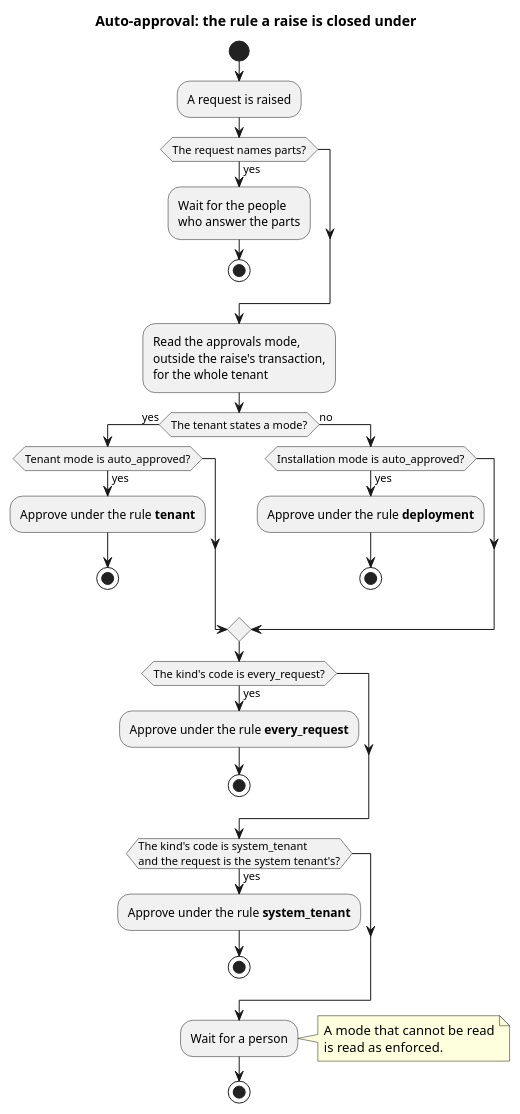
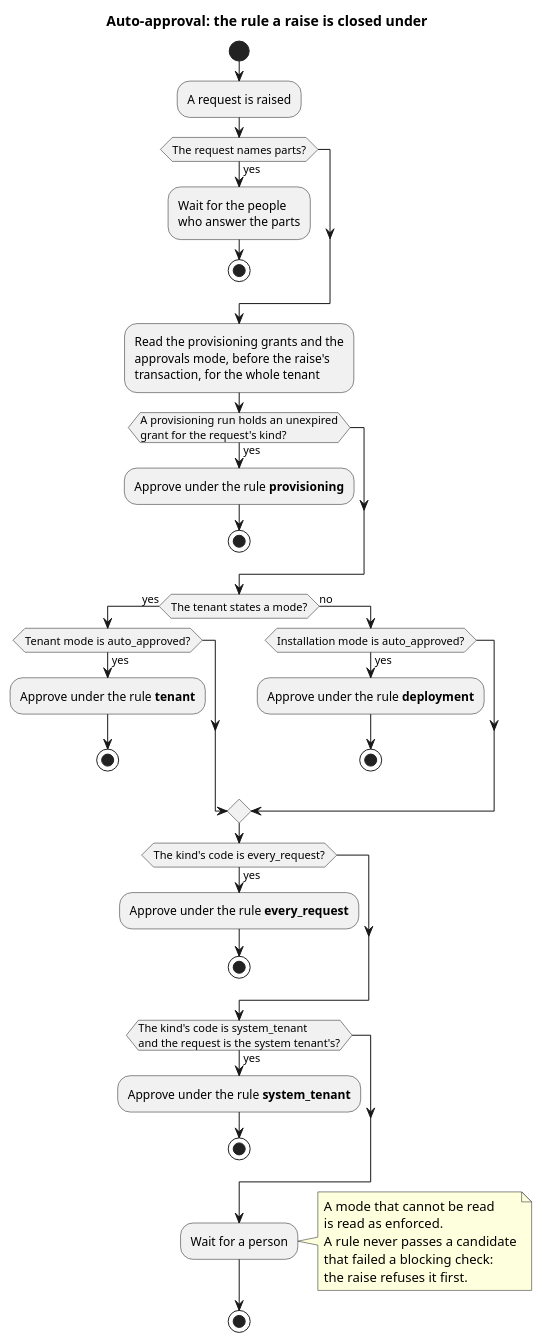
One commit to OreStudio/OreStudio changed the diagram in doc/knowledge/architecture/auto_approval_rule.puml. Above: the diagram before and after it, drawn with PlantUML. The commit also changed 18 other files, not shown here.

```diff
--- a/doc/knowledge/architecture/auto_approval_rule.puml
+++ b/doc/knowledge/architecture/auto_approval_rule.puml
@@ -18,38 +18,45 @@
 @startuml
 
 title Auto-approval: the rule a raise is closed under
 
 start
 :A request is raised;
 if (The request names parts?) then (yes)
   :Wait for the people\nwho answer the parts;
   stop
 endif
-:Read the approvals mode,\noutside the raise's transaction,\nfor the whole tenant;
+:Read the provisioning grants and the\napprovals mode, before the raise's\ntransaction, for the whole tenant;
+if (A provisioning run holds an unexpired\ngrant for the request's kind?) then (yes)
+  :Approve under the rule **provisioning**;
+  stop
+endif
 if (The tenant states a mode?) then (yes)
   if (Tenant mode is auto_approved?) then (yes)
     :Approve under the rule **tenant**;
     stop
   endif
 else (no)
   if (Installation mode is auto_approved?) then (yes)
     :Approve under the rule **deployment**;
     stop
   endif
 endif
 if (The kind's code is every_request?) then (yes)
   :Approve under the rule **every_request**;
   stop
 endif
 if (The kind's code is system_tenant\nand the request is the system tenant's?) then (yes)
   :Approve under the rule **system_tenant**;
   stop
 endif
 :Wait for a person;
 note right
   A mode that cannot be read
   is read as enforced.
+  A rule never passes a candidate
+  that failed a blocking check:
+  the raise refuses it first.
 end note
 stop
 
 @enduml
```
